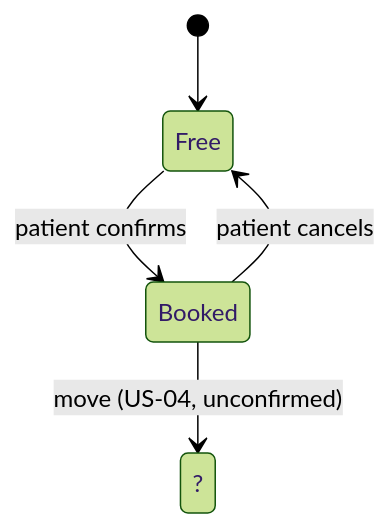
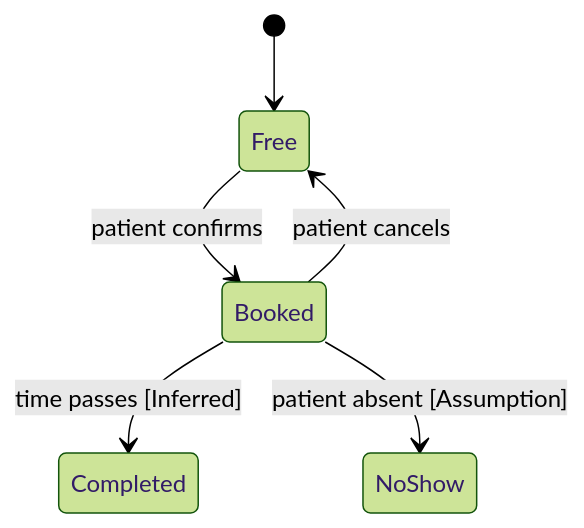
The diagram in evals/golden/md-trap.good.md (uycung/ba-skills), drawn with Mermaid (forest theme) before and after one commit. The commit also changed other lines of this file and 4 other files, not shown here.

````diff
--- a/evals/golden/md-trap.good.md
+++ b/evals/golden/md-trap.good.md
@@ -5,7 +5,8 @@
 ```mermaid
 stateDiagram-v2
     [*] --> Free
     Free --> Booked : patient confirms
     Booked --> Free : patient cancels
-    Booked --> ? : move (US-04, unconfirmed)
+    Booked --> Completed : time passes [Inferred]
+    Booked --> NoShow : patient absent [Assumption]
 ```
````
